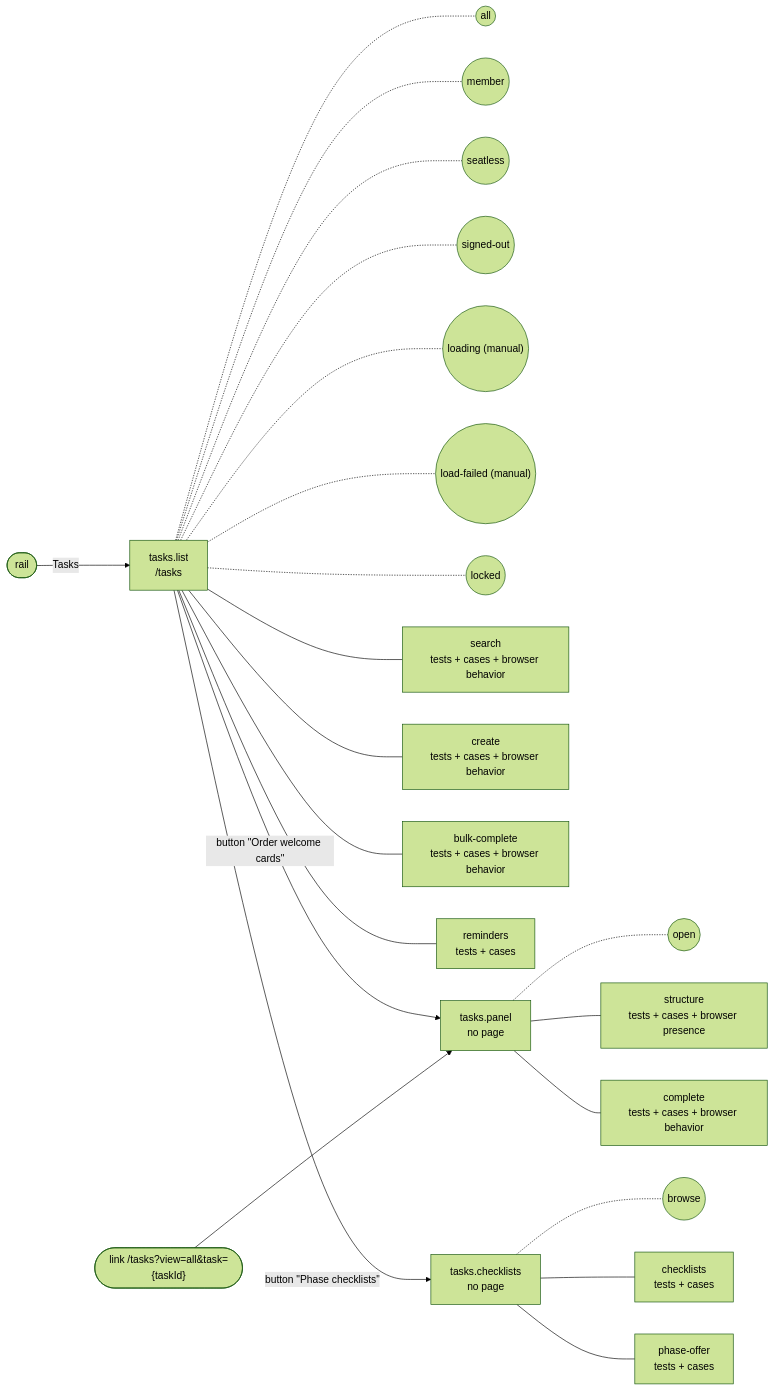
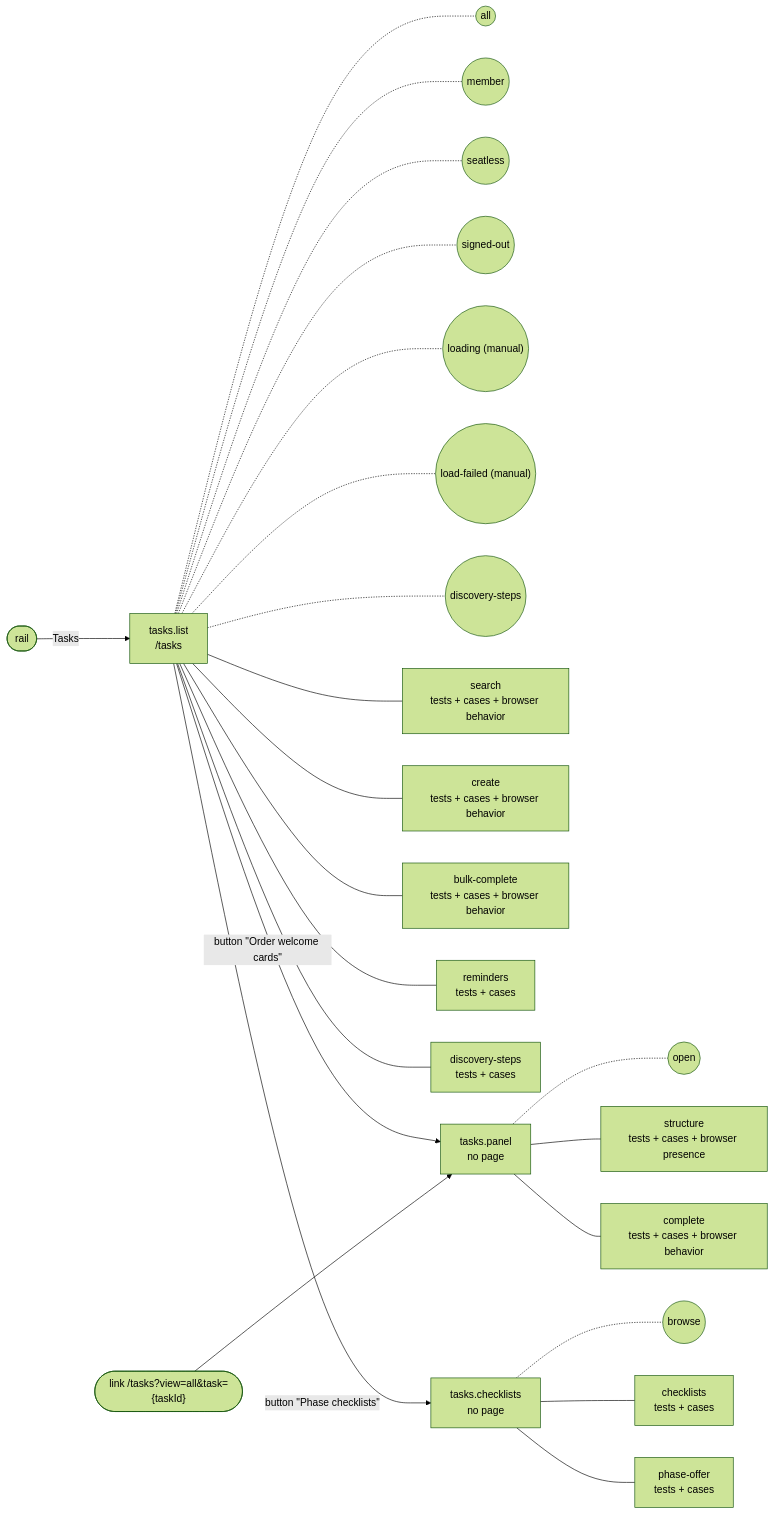
Before and after one commit to SebastianGarces/everyfield: the diagram in docs/feature-maps/tasks.md, drawn with Mermaid (forest theme). The commit also changed other lines of this file and 45 other files, not shown here.

First line of the commit message:
Discovery tasks: a starter list of discovery-phase steps the planter checks off, carried into the church (gap 18).

````diff
--- a/docs/feature-maps/tasks.md
+++ b/docs/feature-maps/tasks.md
@@ -6,29 +6,30 @@
 ```mermaid
 flowchart LR
   rail(["rail"])
   s1_link1(["link /tasks?view=all&task={taskId}"])
   s0["tasks.list<br/>/tasks"]
   rail -- "Tasks" --> s0
   s0 -.- s0_st0(("all"))
   s0 -.- s0_st1(("member"))
   s0 -.- s0_st2(("seatless"))
   s0 -.- s0_st3(("signed-out"))
   s0 -.- s0_st4(("loading (manual)"))
   s0 -.- s0_st5(("load-failed (manual)"))
-  s0 -.- s0_st6(("locked"))
+  s0 -.- s0_st6(("discovery-steps"))
   s0 --- s0_b0["search<br/>tests + cases + browser behavior"]
   s0 --- s0_b1["create<br/>tests + cases + browser behavior"]
   s0 --- s0_b2["bulk-complete<br/>tests + cases + browser behavior"]
   s0 --- s0_b3["reminders<br/>tests + cases"]
+  s0 --- s0_b4["discovery-steps<br/>tests + cases"]
   s1["tasks.panel<br/>no page"]
   s0 -- "button #quot;Order welcome cards#quot;" --> s1
   s1_link1 --> s1
   s1 -.- s1_st0(("open"))
   s1 --- s1_b0["structure<br/>tests + cases + browser presence"]
   s1 --- s1_b1["complete<br/>tests + cases + browser behavior"]
   s2["tasks.checklists<br/>no page"]
   s0 -- "button #quot;Phase checklists#quot;" --> s2
   s2 -.- s2_st0(("browse"))
   s2 --- s2_b0["checklists<br/>tests + cases"]
   s2 --- s2_b1["phase-offer<br/>tests + cases"]
 ```
````
